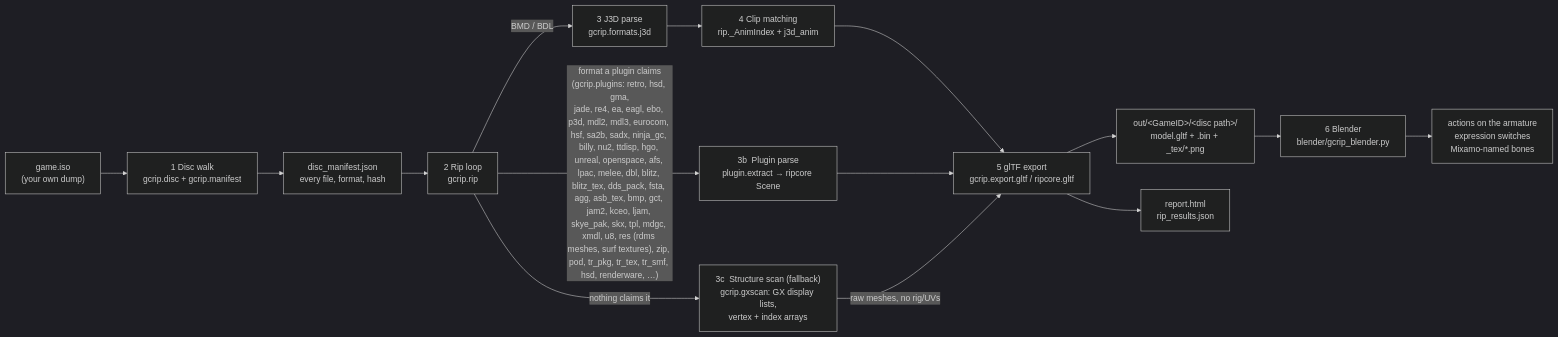
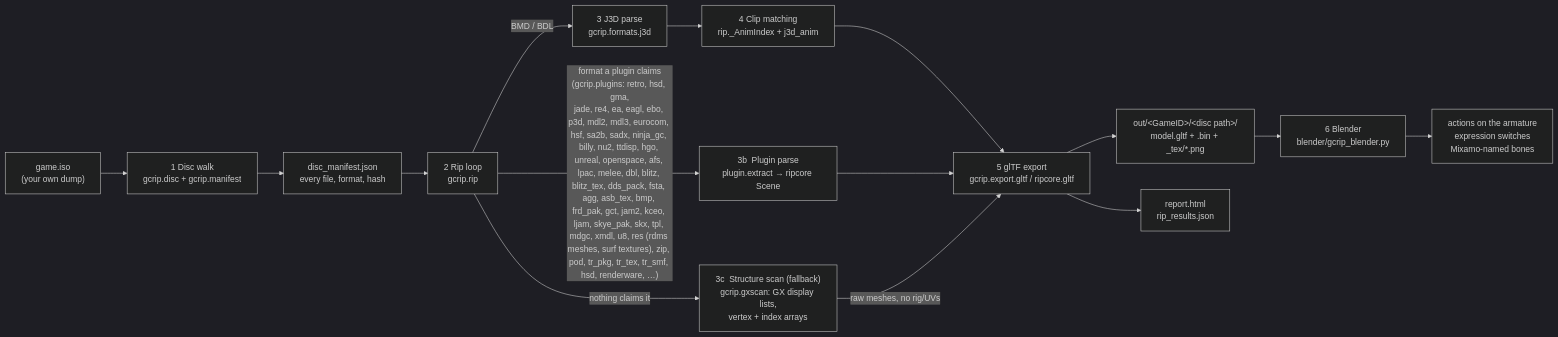
One commit to Felbs/3d-ripper-9000 changed the first of 9 diagrams in docs/PIPELINE.md. Above: the diagram before and after it, drawn with Mermaid (dark theme). The commit also changed 6 other files, not shown here.

First line of the commit message:
gcrip frd_pak: Free Radical P4CK/P5CK/P8CK - 24,539 members from three dead discs

````diff
--- a/docs/PIPELINE.md
+++ b/docs/PIPELINE.md
@@ -11,17 +11,17 @@
 ```mermaid
 flowchart LR
     ISO["game.iso<br/>(your own dump)"] --> WALK["1  Disc walk<br/>gcrip.disc + gcrip.manifest"]
     WALK --> MAN["disc_manifest.json<br/>every file, format, hash"]
     MAN --> RIP["2  Rip loop<br/>gcrip.rip"]
     RIP -->|"BMD / BDL"| J3D["3  J3D parse<br/>gcrip.formats.j3d"]
-    RIP -->|"format a plugin claims<br/>(gcrip.plugins: retro, hsd, gma,<br/>jade, re4, ea, eagl, ebo, p3d, mdl2, mdl3, eurocom, hsf, sa2b, sadx, ninja_gc, billy, nu2, ttdisp, hgo, unreal, openspace, afs, lpac, melee, dbl, blitz, blitz_tex, dds_pack, fsta, agg, asb_tex, bmp, gct, jam2, kceo, ljam, skye_pak, skx, tpl, mdgc, xmdl, u8, res (rdms meshes, surf textures), zip, pod, tr_pkg, tr_tex, tr_smf, hsd, renderware, …)"| PLUG["3b  Plugin parse<br/>plugin.extract → ripcore Scene"]
+    RIP -->|"format a plugin claims<br/>(gcrip.plugins: retro, hsd, gma,<br/>jade, re4, ea, eagl, ebo, p3d, mdl2, mdl3, eurocom, hsf, sa2b, sadx, ninja_gc, billy, nu2, ttdisp, hgo, unreal, openspace, afs, lpac, melee, dbl, blitz, blitz_tex, dds_pack, fsta, agg, asb_tex, bmp, frd_pak, gct, jam2, kceo, ljam, skye_pak, skx, tpl, mdgc, xmdl, u8, res (rdms meshes, surf textures), zip, pod, tr_pkg, tr_tex, tr_smf, hsd, renderware, …)"| PLUG["3b  Plugin parse<br/>plugin.extract → ripcore Scene"]
     RIP -->|"nothing claims it"| GX["3c  Structure scan (fallback)<br/>gcrip.gxscan: GX display lists,<br/>vertex + index arrays"]
     J3D --> ANIM["4  Clip matching<br/>rip._AnimIndex + j3d_anim"]
     ANIM --> GLTF["5  glTF export<br/>gcrip.export.gltf / ripcore.gltf"]
     PLUG --> GLTF
     GX -->|"raw meshes, no rig/UVs"| GLTF
     GLTF --> OUT["out/&lt;GameID&gt;/&lt;disc path&gt;/<br/>model.gltf + .bin + _tex/*.png"]
     GLTF --> REP["report.html<br/>rip_results.json"]
     OUT --> BL["6  Blender<br/>blender/gcrip_blender.py"]
     BL --> PLAY["actions on the armature<br/>expression switches<br/>Mixamo-named bones"]
 ```
````
